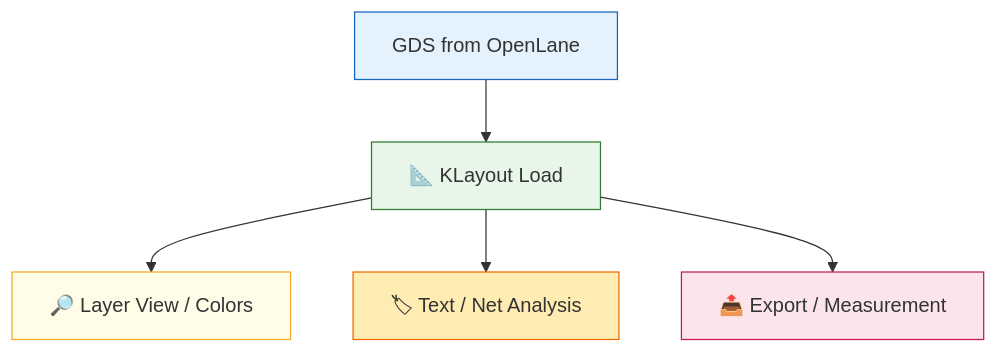
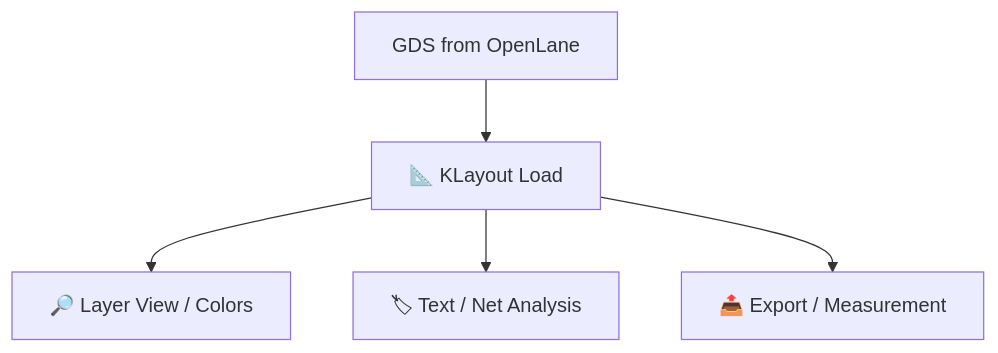
One commit to Samizo-AITL/Edusemi-v4x changed the diagram in e_chapter0_environment_setup/08_klayout_viewer_setup.md. Above: the diagram before and after it, drawn with Mermaid. The commit also changed other lines of this file, not shown here.

````diff
--- a/e_chapter0_environment_setup/08_klayout_viewer_setup.md
+++ b/e_chapter0_environment_setup/08_klayout_viewer_setup.md
@@ -114,13 +93,7 @@
 ```mermaid
 graph TD
     A[GDS from OpenLane] --> B[📐 KLayout Load]
     B --> C[🔎 Layer View / Colors]
     B --> D[🏷 Text / Net Analysis]
     B --> E[📤 Export / Measurement]
-
-    style A fill:#e3f2fd,stroke:#1565c0
-    style B fill:#e8f5e9,stroke:#2e7d32
-    style C fill:#fffde7,stroke:#f9a825
-    style D fill:#ffecb3,stroke:#ef6c00
-    style E fill:#fce4ec,stroke:#c2185b
 ```
````
